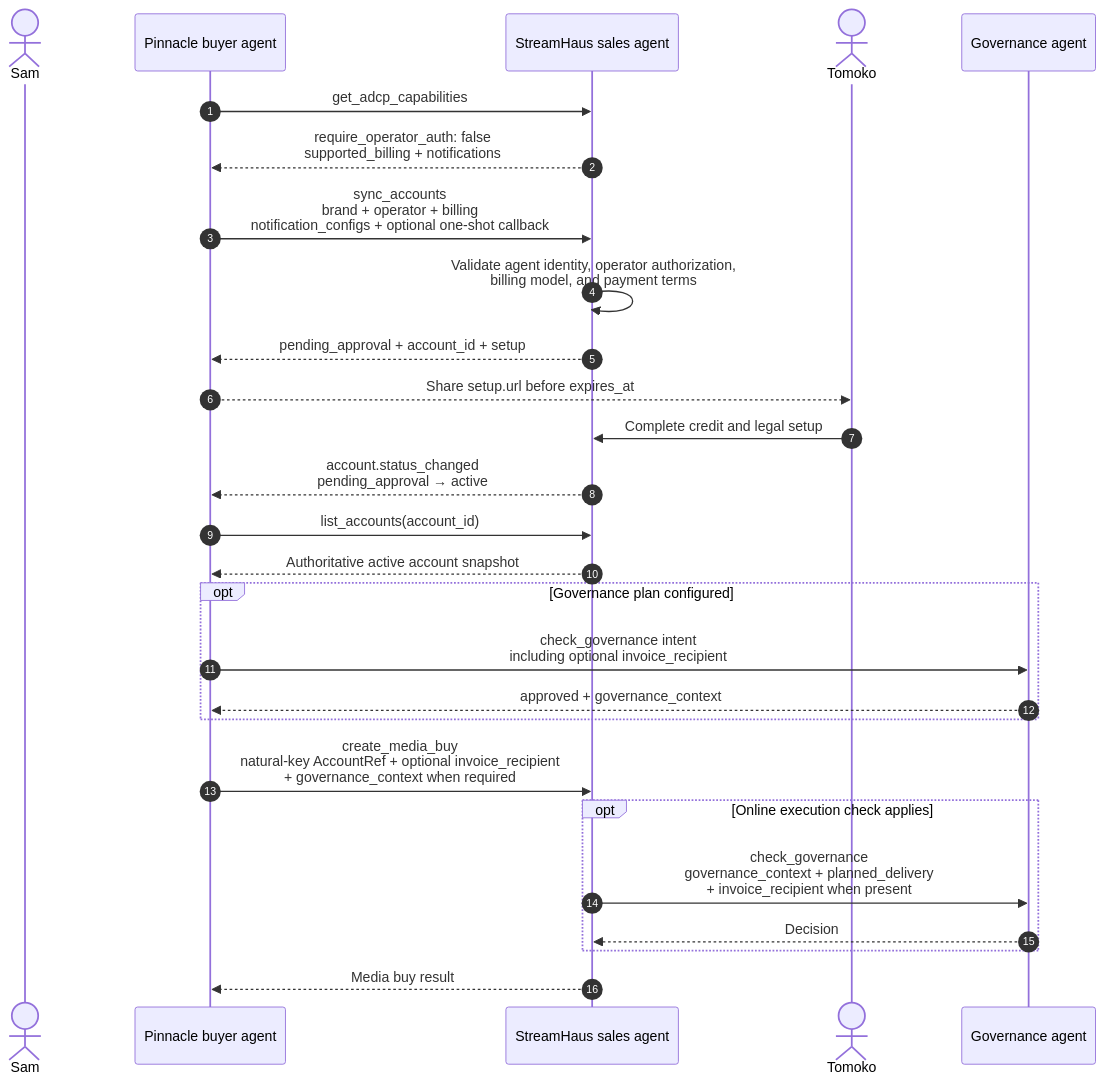
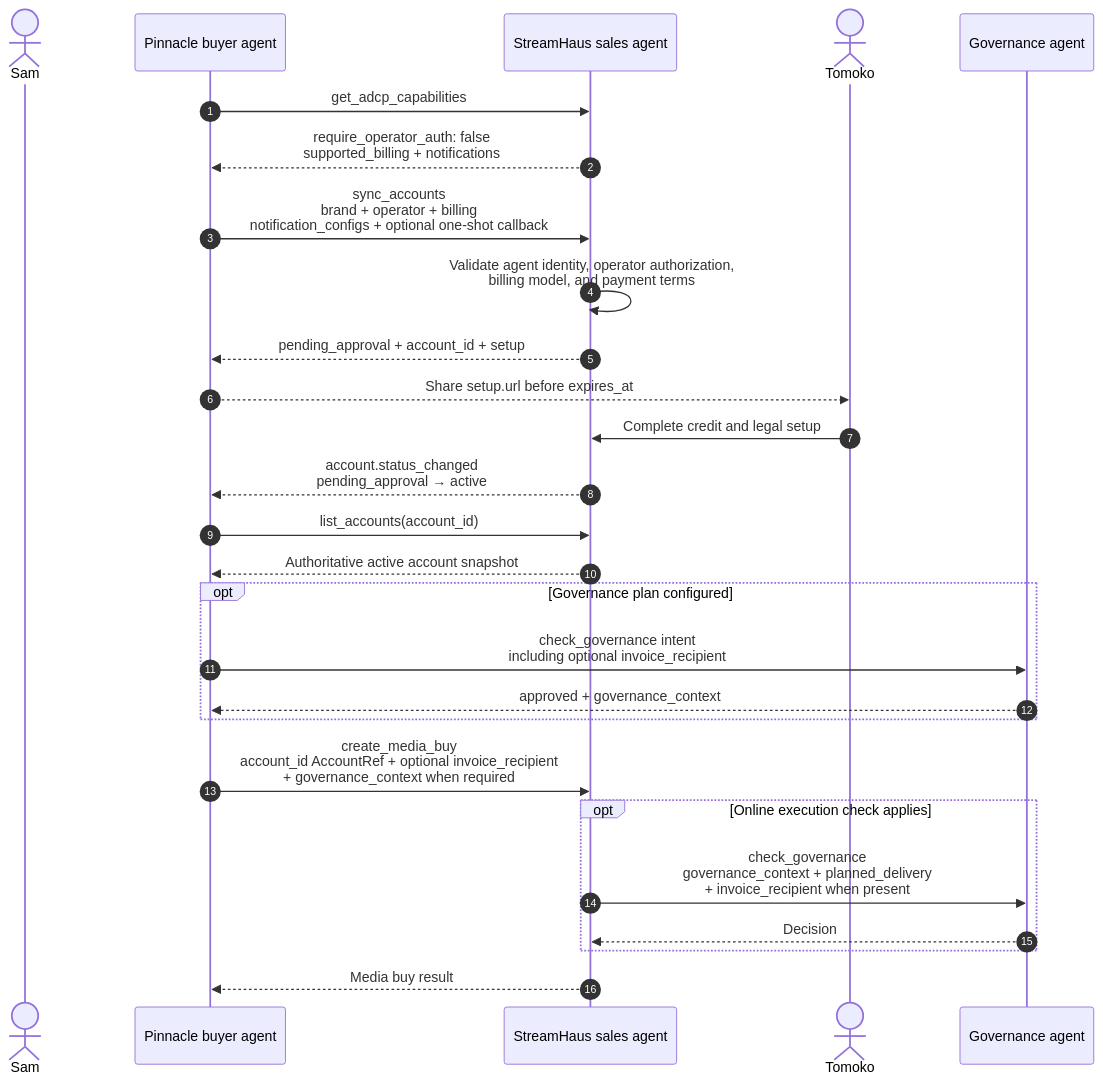
The diagram in docs/accounts/provisioning-walkthrough.mdx (adcontextprotocol/adcp), drawn with Mermaid before and after one commit. The commit also changed other lines of this file and 63 other files, not shown here.

````diff
--- a/docs/accounts/provisioning-walkthrough.mdx
+++ b/docs/accounts/provisioning-walkthrough.mdx
@@ -34,34 +34,34 @@
 ```mermaid
 sequenceDiagram
     autonumber
     actor Sam
     participant Buyer as Pinnacle buyer agent
     participant Seller as StreamHaus sales agent
     actor Tomoko
     participant Governance as Governance agent
 
     Buyer->>Seller: get_adcp_capabilities
     Seller-->>Buyer: require_operator_auth: false<br/>supported_billing + notifications
 
     Buyer->>Seller: sync_accounts<br/>brand + operator + billing<br/>notification_configs + optional one-shot callback
     Seller->>Seller: Validate agent identity, operator authorization,<br/>billing model, and payment terms
     Seller-->>Buyer: pending_approval + account_id + setup
 
     Buyer-->>Tomoko: Share setup.url before expires_at
     Tomoko->>Seller: Complete credit and legal setup
 
     Seller-->>Buyer: account.status_changed<br/>pending_approval → active
     Buyer->>Seller: list_accounts(account_id)
     Seller-->>Buyer: Authoritative active account snapshot
 
     opt Governance plan configured
         Buyer->>Governance: check_governance intent<br/>including optional invoice_recipient
         Governance-->>Buyer: approved + governance_context
     end
-    Buyer->>Seller: create_media_buy<br/>natural-key AccountRef + optional invoice_recipient<br/>+ governance_context when required
+    Buyer->>Seller: create_media_buy<br/>account_id AccountRef + optional invoice_recipient<br/>+ governance_context when required
     opt Online execution check applies
         Seller->>Governance: check_governance<br/>governance_context + planned_delivery<br/>+ invoice_recipient when present
         Governance-->>Seller: Decision
     end
     Seller-->>Buyer: Media buy result
 ```
````
